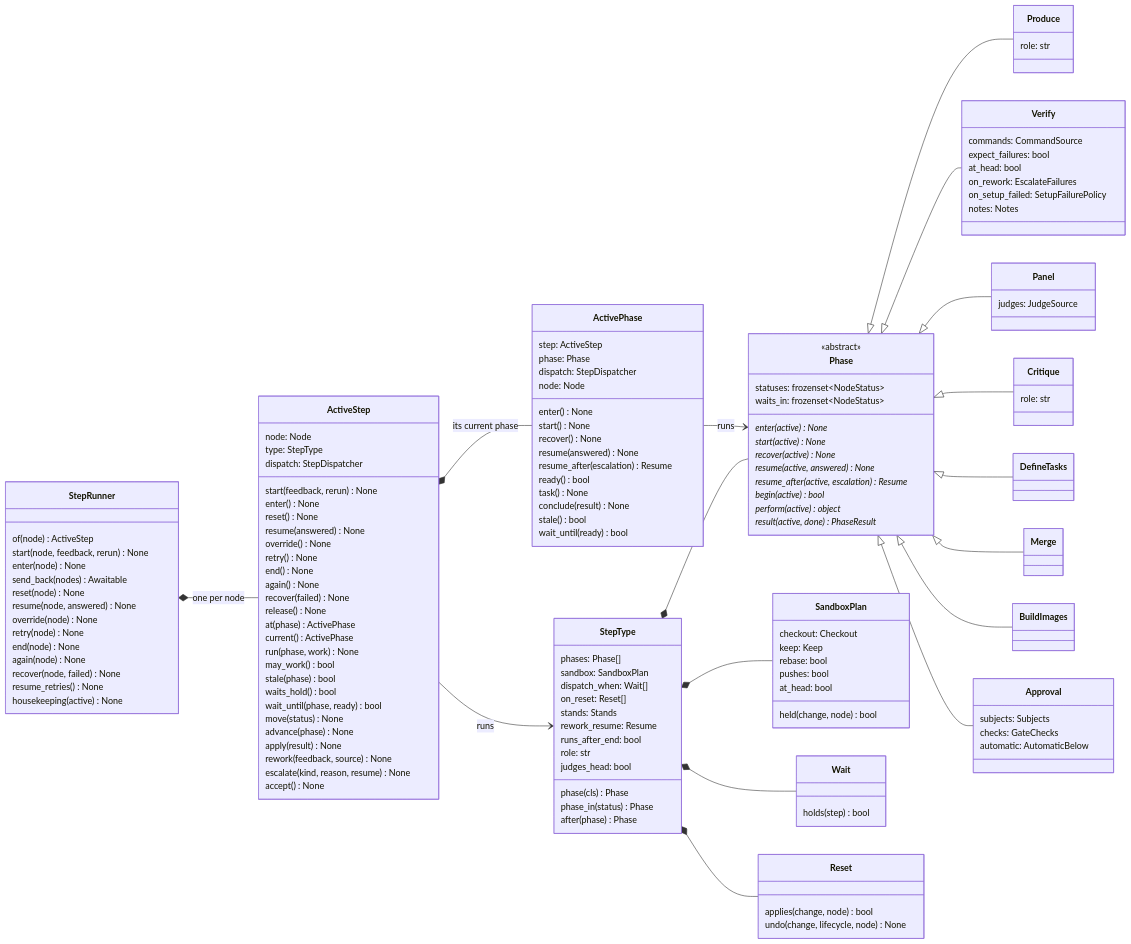
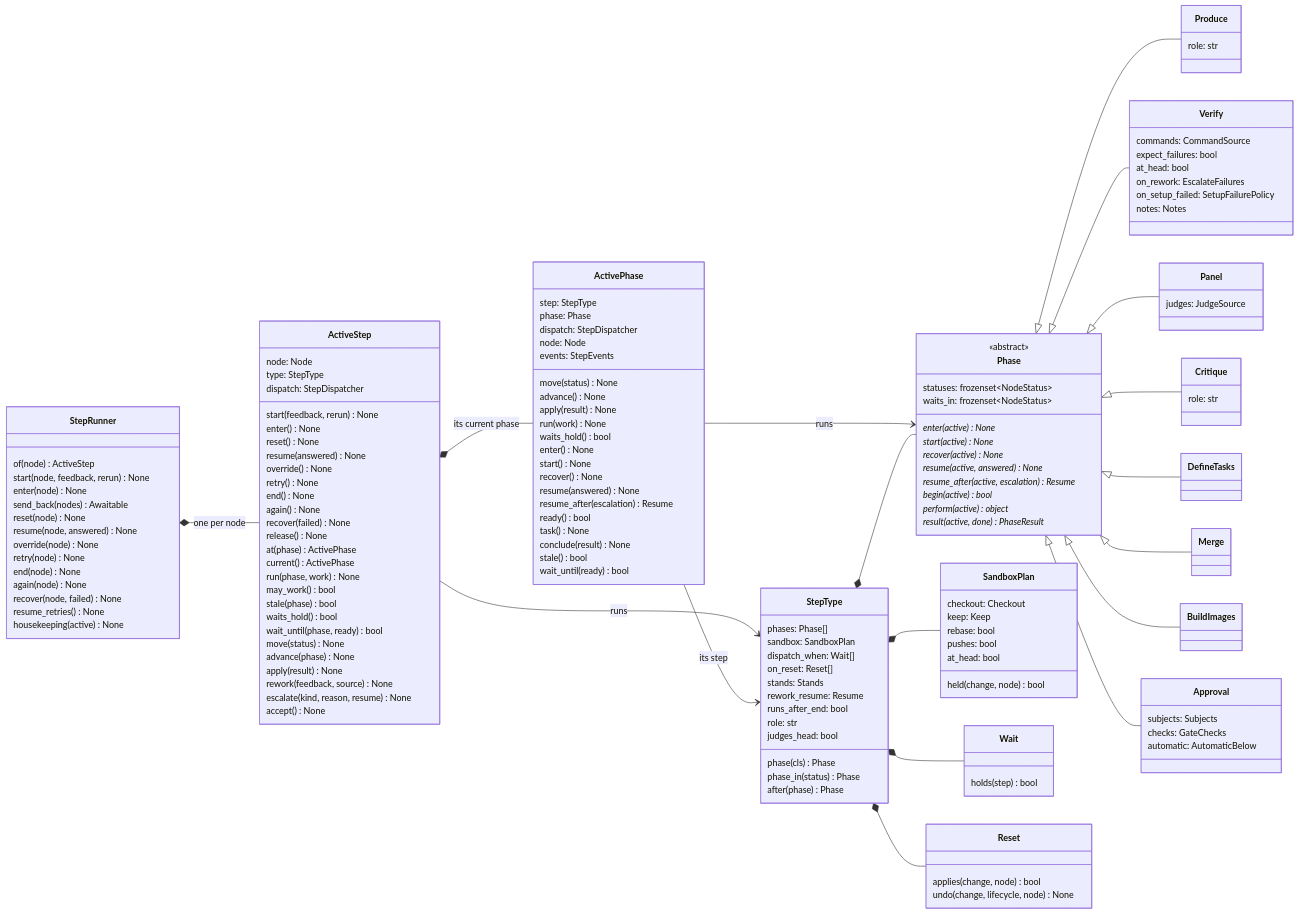
One commit to mr-miles/orchestrator changed the fourth of 6 diagrams in docs/architecture.md. Above: the diagram before and after it, drawn with Mermaid. The commit also changed other lines of this file and 1 other file, not shown here.

Commit message:
ActivePhase.step is the step type; the running step stays behind the active phase
An active phase holds the declarations it runs – step (the StepType) and phase – with the
step's dispatcher, and is a hook's whole view of its node: active.move, advance, apply, run,
waits_hold, events, lifecycle, provisioner hand on to the running ActiveStep, which no phase
reaches directly. active.step is read only for the step type's declarations.

```diff
--- a/docs/architecture.md
+++ b/docs/architecture.md
@@ -426,10 +429,16 @@
         result(active, done)* PhaseResult
     }
     class ActivePhase {
-        step: ActiveStep
+        step: StepType
         phase: Phase
         dispatch: StepDispatcher
         node: Node
+        events: StepEvents
+        move(status) None
+        advance() None
+        apply(result) None
+        run(work) None
+        waits_hold() bool
         enter() None
         start() None
         recover() None
@@ -486,6 +495,7 @@
     ActiveStep --> StepType : runs
     ActiveStep *-- ActivePhase : its current phase
     ActivePhase --> Phase : runs
+    ActivePhase --> StepType : its step
     StepType *-- Phase
     StepType *-- SandboxPlan
     StepType *-- Wait
```
